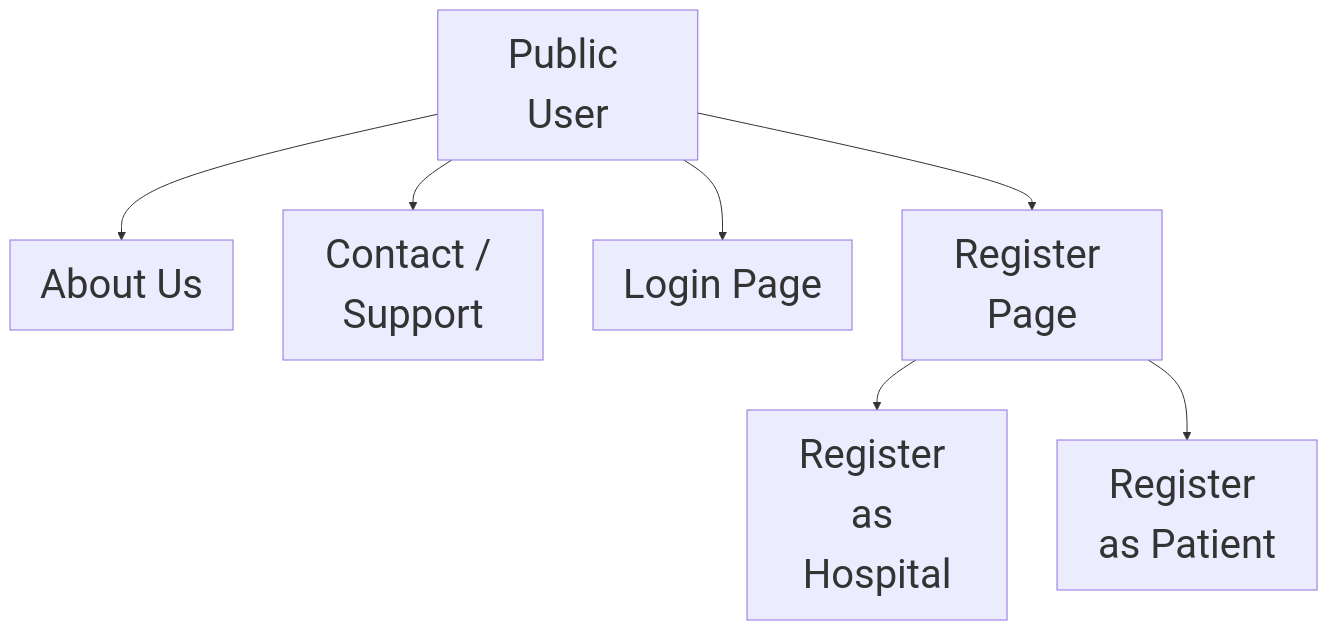
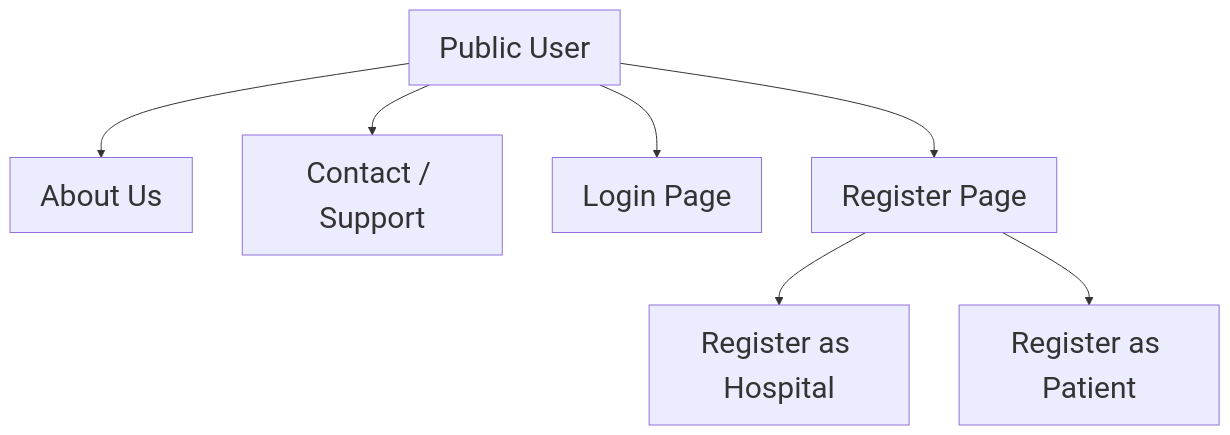
One commit to Hensha-w/Medical-Records-Management- changed the second of 3 diagrams in README.md. Above: the diagram before and after it, drawn with Mermaid. The commit also changed other lines of this file and 3 other files, not shown here.

````diff
--- a/README.md
+++ b/README.md
@@ -28,10 +28,10 @@
 ```mermaid
-%%{init: {'themeVariables': { 'fontSize': '40px' }}}%%
+%%{init: {'themeVariables': { 'fontSize': '30px' }}}%%
 flowchart TD
     C[Public User] --> C1[About Us]
     C --> C2[Contact / Support]
     C --> C3[Login Page]
     C --> C4[Register Page]
     C4 --> C4a[Register as Hospital]
     C4 --> C4b[Register as Patient]
 ```
````
